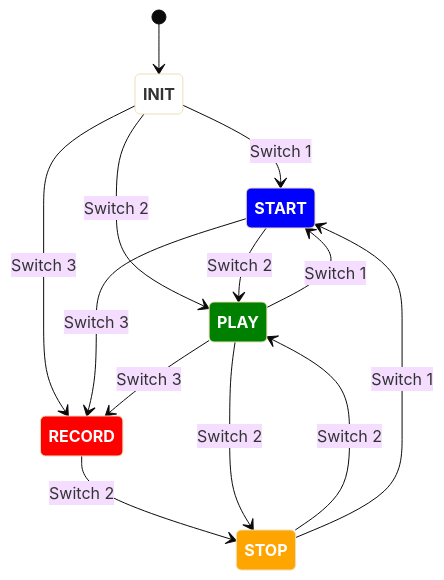
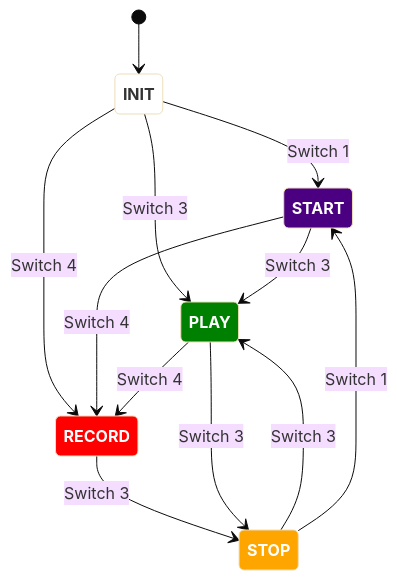
One commit to c-coyne/logic-pro-transport-controller changed the diagram in doc/design/system/StateDiagram.md. Above: the diagram before and after it, drawn with Mermaid (base theme). The commit also changed 1 other file, not shown here.

Commit message:
Updated requirements with new switch-key mapping

````diff
--- a/doc/design/system/StateDiagram.md
+++ b/doc/design/system/StateDiagram.md
@@ -3,31 +3,30 @@
 ```mermaid
 stateDiagram-v2
     classDef init fill:white,font-weight:bold
-    classDef start fill:blue,color:white,font-weight:bold
+    classDef start fill:indigo,color:white,font-weight:bold
     classDef play fill:green,color:white,font-weight:bold
     classDef stop fill:orange,color:white,font-weight:bold
     classDef record fill:red,color:white,font-weight:bold
 
     [*] --> INIT
     INIT --> START : Switch 1
-    INIT --> PLAY : Switch 2
-    INIT --> RECORD : Switch 3
+    INIT --> PLAY : Switch 3
+    INIT --> RECORD : Switch 4
     
-    RECORD --> STOP: Switch 2
+    RECORD --> STOP: Switch 3
 
-    START --> PLAY : Switch 2
-    START --> RECORD : Switch 3
+    START --> PLAY : Switch 3
+    START --> RECORD : Switch 4
 
-    PLAY --> STOP : Switch 2
-    PLAY --> RECORD : Switch 3
-    PLAY --> START : Switch 1
+    PLAY --> STOP : Switch 3
+    PLAY --> RECORD : Switch 4
 
-    STOP --> PLAY : Switch 2
+    STOP --> PLAY : Switch 3
     STOP --> START : Switch 1
 
     class INIT init
     class START start
     class PLAY play
     class STOP stop
     class RECORD record
 ```
````
